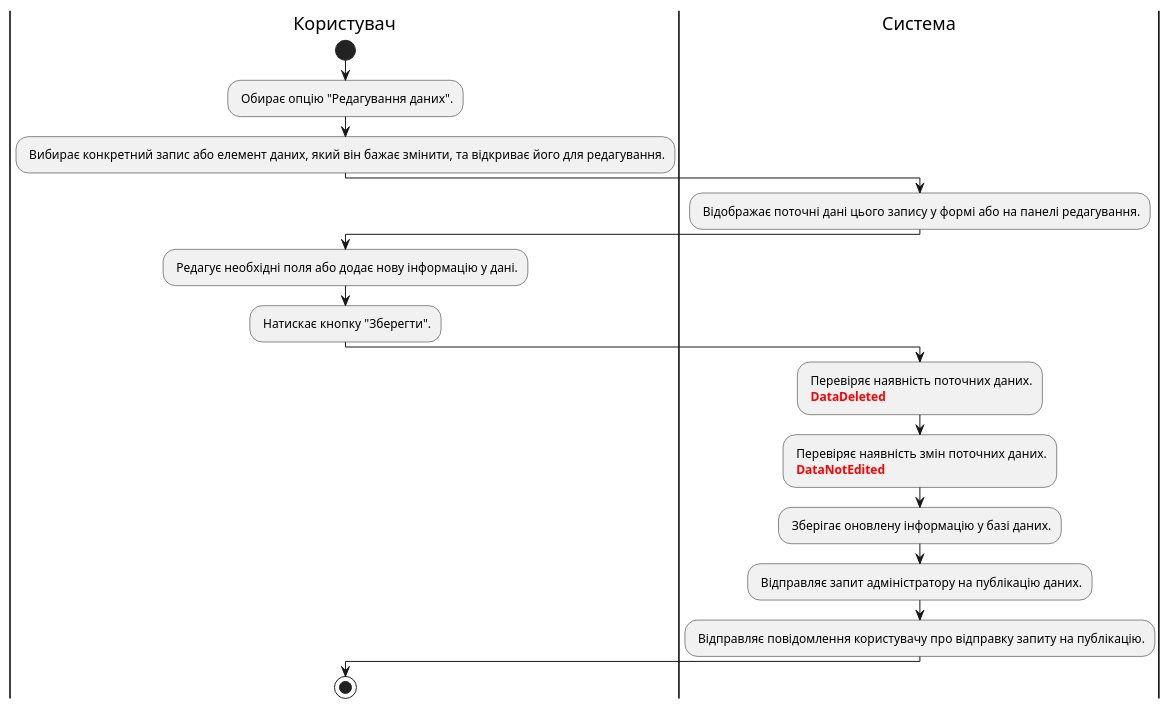
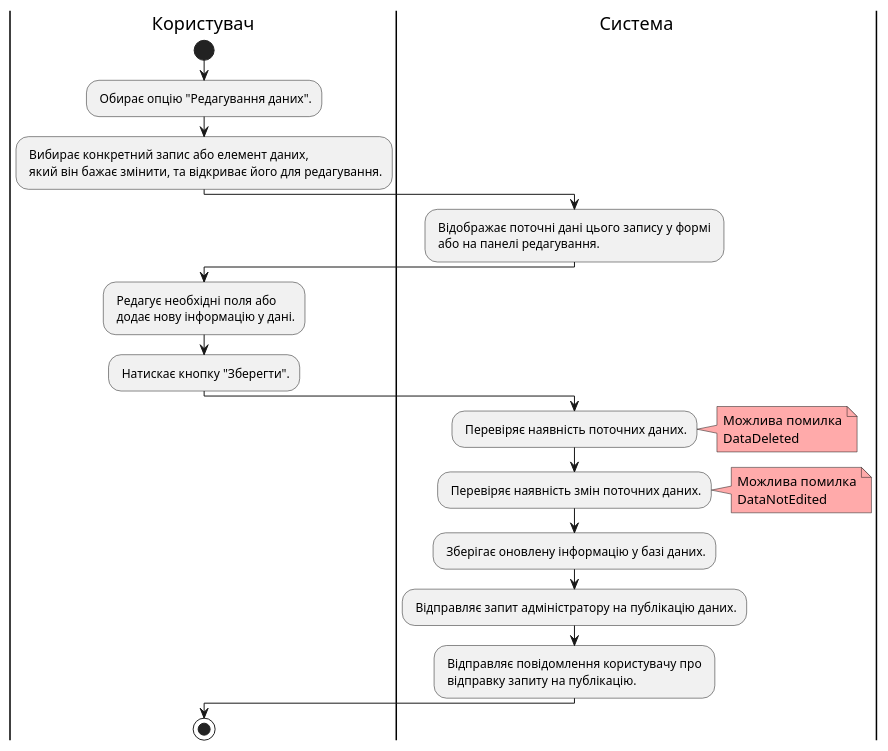
One commit to stvake/database_group2 changed the tenth of 14 diagrams in docs/use cases/README.md. Above: the diagram before and after it, drawn with PlantUML. The commit also changed other lines of this file, not shown here.

```diff
--- a/docs/use cases/README.md
+++ b/docs/use cases/README.md
@@ -420,29 +445,34 @@
 @startuml
 
     |Користувач|
     start;
     : Обирає опцію "Редагування даних".;
-    : Вибирає конкретний запис або елемент даних, який він бажає змінити, та відкриває його для редагування.;
+    : Вибирає конкретний запис або елемент даних, \n який він бажає змінити, та відкриває його для редагування.;
 
     |Система|
-    : Відображає поточні дані цього запису у формі або на панелі редагування.;
+    : Відображає поточні дані цього запису у формі \n або на панелі редагування.;
 
     |Користувач|
-    : Редагує необхідні поля або додає нову інформацію у дані.;
+    : Редагує необхідні поля або \n додає нову інформацію у дані.;
     : Натискає кнопку "Зберегти".;
 
     |Система|
-    : Перевіряє наявність поточних даних.
-    <font color="red"><b> DataDeleted;
-
-    : Перевіряє наявність змін поточних даних.
-    <font color="red"><b> DataNotEdited;
+    : Перевіряє наявність поточних даних.;
+    note right #ffaaaa
+        Можлива помилка
+        DataDeleted
+    end note
+    : Перевіряє наявність змін поточних даних.;
+    note right #ffaaaa
+        Можлива помилка
+        DataNotEdited
+    end note
 
     : Зберігає оновлену інформацію у базі даних.;
     : Відправляє запит адміністратору на публікацію даних.;
-    : Відправляє повідомлення користувачу про відправку запиту на публікацію.;
+    : Відправляє повідомлення користувачу про \n відправку запиту на публікацію.;
 
     |Користувач|
     stop;
     
 @enduml
```
